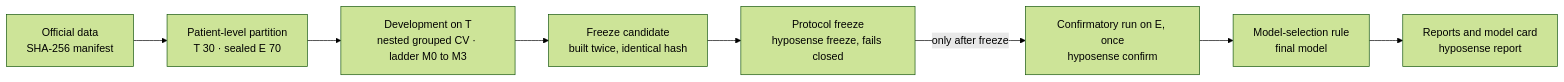
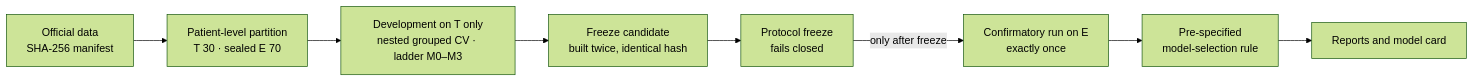
One commit to yug-birla/HypoSense-Twin changed the second of 2 diagrams in README.md. Above: the diagram before and after it, drawn with Mermaid (forest theme). The commit also changed other lines of this file and 15 other files, not shown here.

````diff
--- a/README.md
+++ b/README.md
@@ -130,10 +325,10 @@
 ```mermaid
 flowchart LR
-  P["Official data<br/>SHA-256 manifest"] --> Q["Patient-level partition<br/>T 30 · sealed E 70"]
-  Q --> R["Development on T<br/>nested grouped CV · ladder M0 to M3"]
-  R --> S["Freeze candidate<br/>built twice, identical hash"]
-  S --> T["Protocol freeze<br/>hyposense freeze, fails closed"]
-  T -->|only after freeze| U["Confirmatory run on E, once<br/>hyposense confirm"]
-  U --> V["Model-selection rule<br/>final model"]
-  V --> W["Reports and model card<br/>hyposense report"]
+  D["Official data<br/>SHA-256 manifest"] --> P["Patient-level partition<br/>T 30 · sealed E 70"]
+  P --> T["Development on T only<br/>nested grouped CV · ladder M0–M3"]
+  T --> C["Freeze candidate<br/>built twice, identical hash"]
+  C --> F["Protocol freeze<br/>fails closed"]
+  F -->|"only after freeze"| E["Confirmatory run on E<br/>exactly once"]
+  E --> S["Pre-specified<br/>model-selection rule"]
+  S --> R["Reports and model card"]
 ```
````
